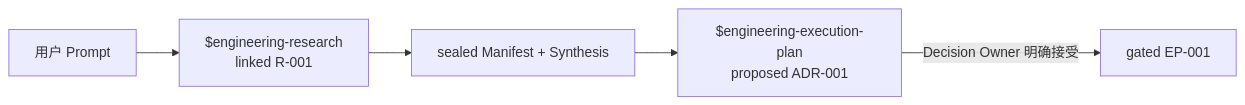
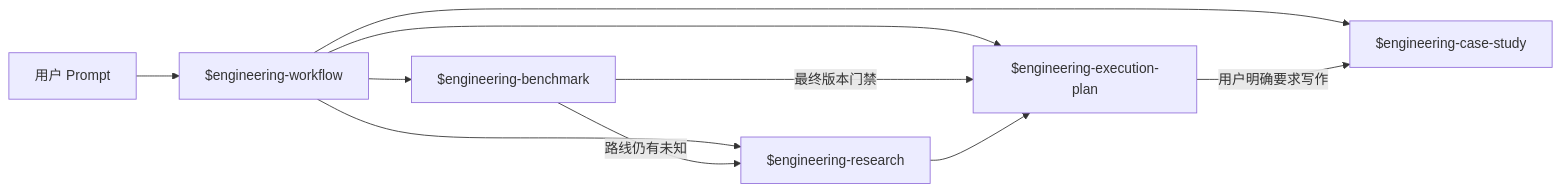
One commit to XiaoWeiKIN/RepoFoundryAI changed the second of 5 diagrams in README.zh-CN.md. Above: the diagram before and after it, drawn with Mermaid. The commit also changed other lines of this file and 8 other files, not shown here.

````diff
--- a/README.zh-CN.md
+++ b/README.zh-CN.md
@@ -221,7 +221,12 @@
 ```mermaid
 flowchart LR
-    P["用户 Prompt"] --> R["$engineering-research<br/>linked R-001"]
-    R --> S["sealed Manifest + Synthesis"]
-    S --> A["$engineering-execution-plan<br/>proposed ADR-001"]
-    A -->|"Decision Owner 明确接受"| E["gated EP-001"]
+    P["用户 Prompt"] --> W["$engineering-workflow"]
+    W --> B["$engineering-benchmark"]
+    W --> R["$engineering-research"]
+    W --> E["$engineering-execution-plan"]
+    W --> C["$engineering-case-study"]
+    B -->|"路线仍有未知"| R
+    B -->|"最终版本门禁"| E
+    R --> E
+    E -->|"用户明确要求写作"| C
 ```
````
